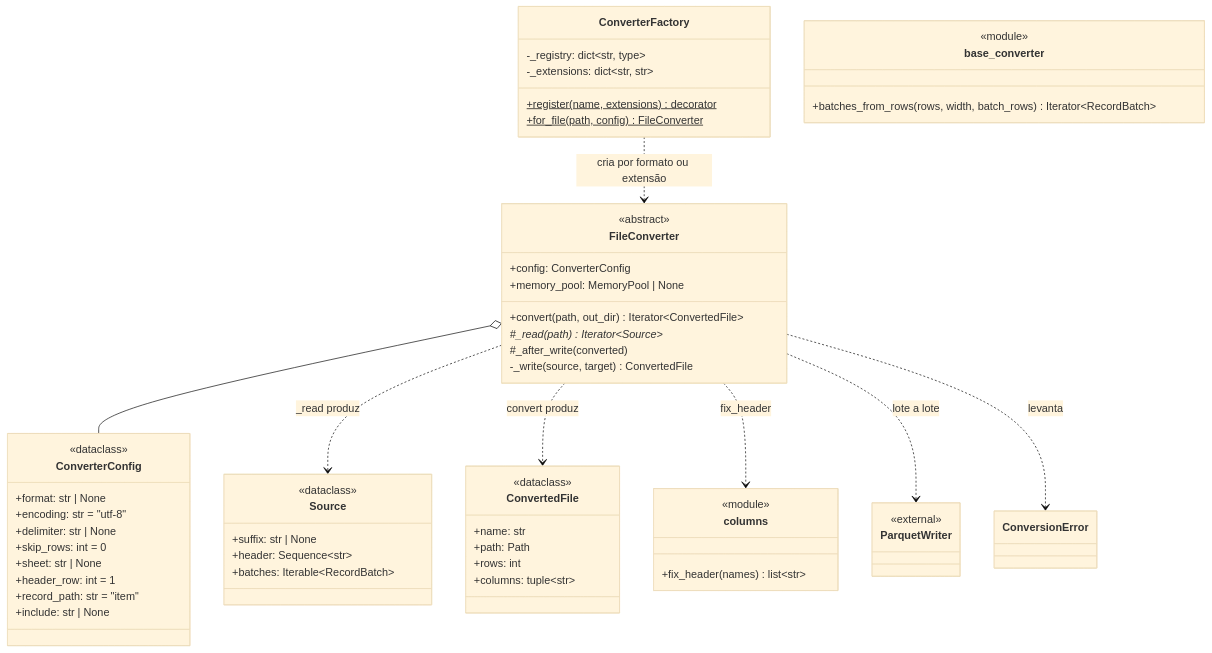
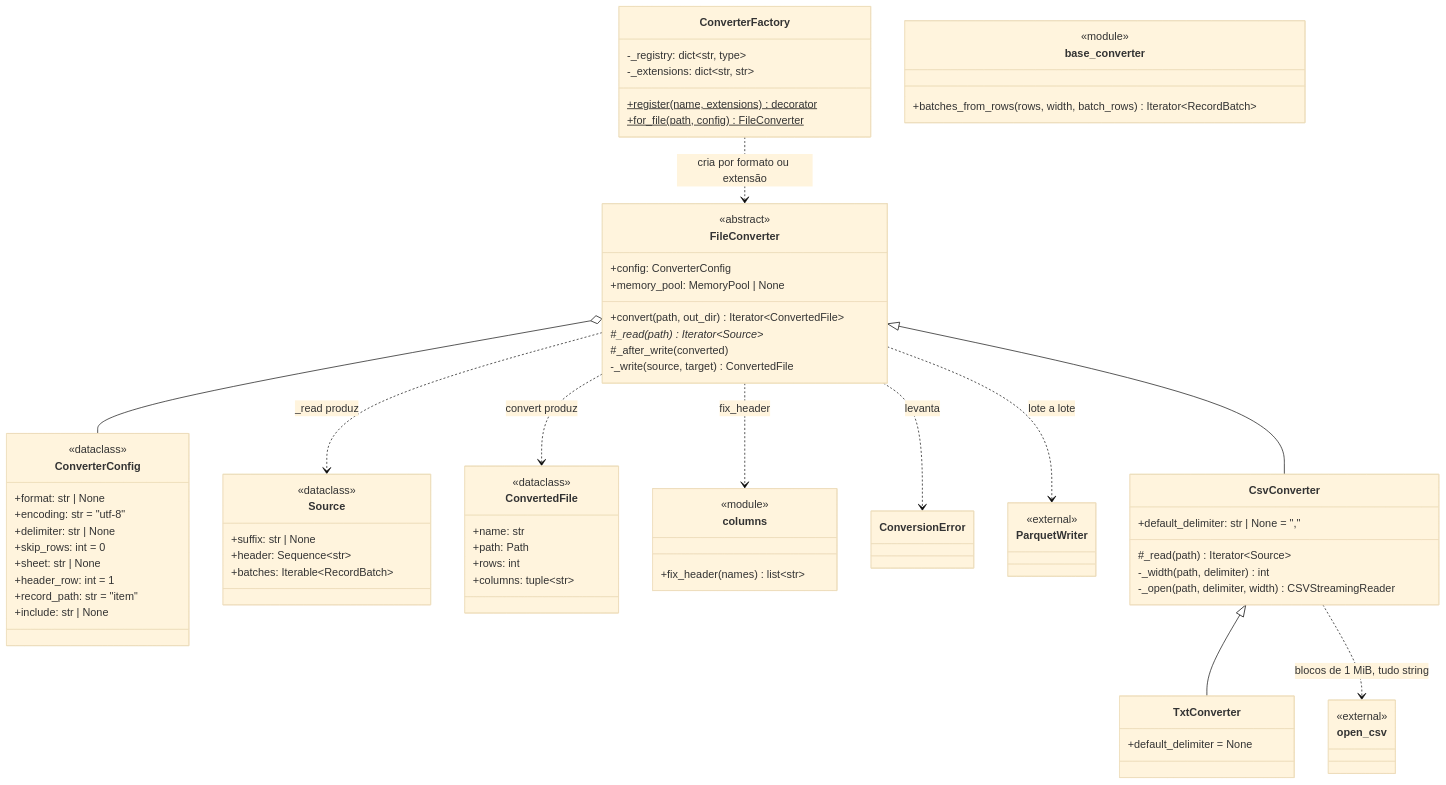
One commit to GovHub-br/data-application-cidades changed the fifth of 5 diagrams in docs/ingestao/diagrama-classes.md. Above: the diagram before and after it, drawn with Mermaid (base theme). The commit also changed other lines of this file and 6 other files, not shown here.

First line of the commit message:
feat(ingestion): conversor de csv e txt em streaming

````diff
--- a/docs/ingestao/diagrama-classes.md
+++ b/docs/ingestao/diagrama-classes.md
@@ -252,62 +252,78 @@
 ```mermaid
 classDiagram
     class FileConverter {
         <<abstract>>
         +config: ConverterConfig
         +memory_pool: MemoryPool | None
         +convert(path, out_dir) Iterator~ConvertedFile~
         #_read(path) Iterator~Source~*
         #_after_write(converted)
         -_write(source, target) ConvertedFile
     }
     class ConverterFactory {
         -_registry: dict~str, type~
         -_extensions: dict~str, str~
         +register(name, extensions)$ decorator
         +for_file(path, config)$ FileConverter
     }
     class ConverterConfig {
         <<dataclass>>
         +format: str | None
         +encoding: str = "utf-8"
         +delimiter: str | None
         +skip_rows: int = 0
         +sheet: str | None
         +header_row: int = 1
         +record_path: str = "item"
         +include: str | None
     }
     class Source {
         <<dataclass>>
         +suffix: str | None
         +header: Sequence~str~
         +batches: Iterable~RecordBatch~
     }
     class ConvertedFile {
         <<dataclass>>
         +name: str
         +path: Path
         +rows: int
         +columns: tuple~str~
     }
     class base_converter {
         <<module>>
         +batches_from_rows(rows, width, batch_rows) Iterator~RecordBatch~
     }
     class columns {
         <<module>>
         +fix_header(names) list~str~
     }
     class ConversionError
     class ParquetWriter {
         <<external>>
     }
+    class CsvConverter {
+        +default_delimiter: str | None = ","
+        #_read(path) Iterator~Source~
+        -_width(path, delimiter) int
+        -_open(path, delimiter, width) CSVStreamingReader
+    }
+    class TxtConverter {
+        +default_delimiter = None
+    }
+    class open_csv {
+        <<external>>
+    }
+
+    FileConverter <|-- CsvConverter
+    CsvConverter <|-- TxtConverter
+    CsvConverter ..> open_csv : blocos de 1 MiB, tudo string
 
     FileConverter o-- ConverterConfig
     ConverterFactory ..> FileConverter : cria por formato ou extensão
     FileConverter ..> Source : _read produz
     FileConverter ..> ConvertedFile : convert produz
     FileConverter ..> columns : fix_header
     FileConverter ..> ParquetWriter : lote a lote
     FileConverter ..> ConversionError : levanta
 ```
````
